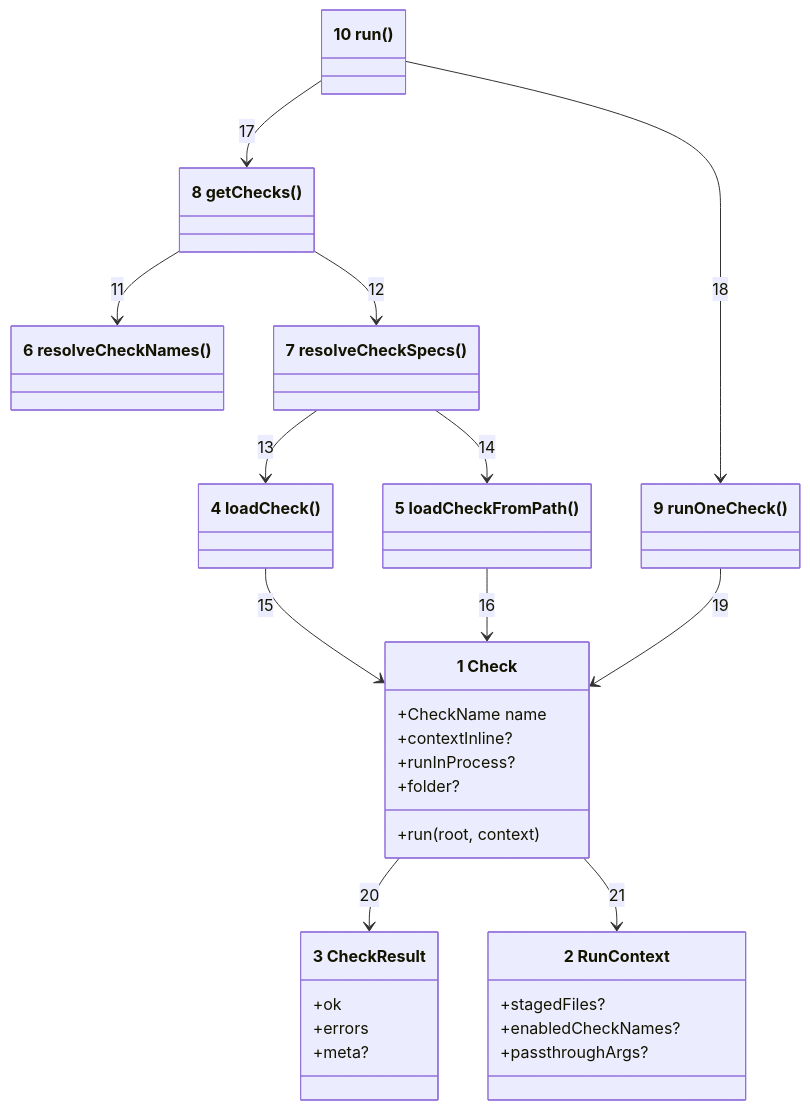
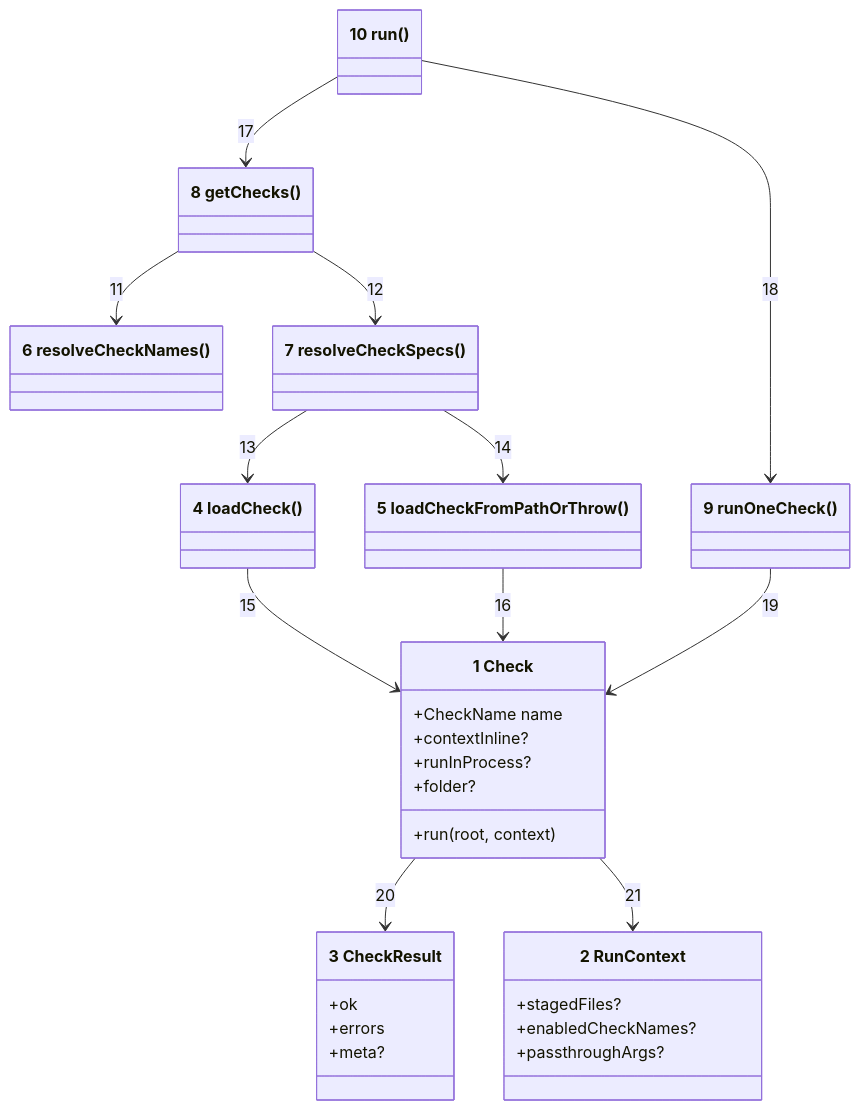
One commit to may-journal/fitness-runner changed the first of 2 diagrams in architecture/04-code.md. Above: the diagram before and after it, drawn with Mermaid. The commit also changed other lines of this file and 22 other files, not shown here.

````diff
--- a/architecture/04-code.md
+++ b/architecture/04-code.md
@@ -7,39 +7,39 @@
 ```mermaid
 classDiagram
     class Check["1 Check"] {
         +CheckName name
         +run(root, context)
         +contextInline?
         +runInProcess?
         +folder?
     }
     class RunContext["2 RunContext"] {
         +stagedFiles?
         +enabledCheckNames?
         +passthroughArgs?
     }
     class CheckResult["3 CheckResult"] {
         +ok
         +errors
         +meta?
     }
     class loadCheck["4 loadCheck()"]
-    class loadCheckFromPath["5 loadCheckFromPath()"]
+    class loadCheckFromPathOrThrow["5 loadCheckFromPathOrThrow()"]
     class resolveCheckNames["6 resolveCheckNames()"]
     class resolveCheckSpecs["7 resolveCheckSpecs()"]
     class getChecks["8 getChecks()"]
     class runOneCheck["9 runOneCheck()"]
     class run["10 run()"]
 
     getChecks --> resolveCheckNames : 11
     getChecks --> resolveCheckSpecs : 12
     resolveCheckSpecs --> loadCheck : 13
-    resolveCheckSpecs --> loadCheckFromPath : 14
+    resolveCheckSpecs --> loadCheckFromPathOrThrow : 14
     loadCheck --> Check : 15
-    loadCheckFromPath --> Check : 16
+    loadCheckFromPathOrThrow --> Check : 16
     run --> getChecks : 17
     run --> runOneCheck : 18
     runOneCheck --> Check : 19
     Check --> CheckResult : 20
     Check --> RunContext : 21
 ```
````
